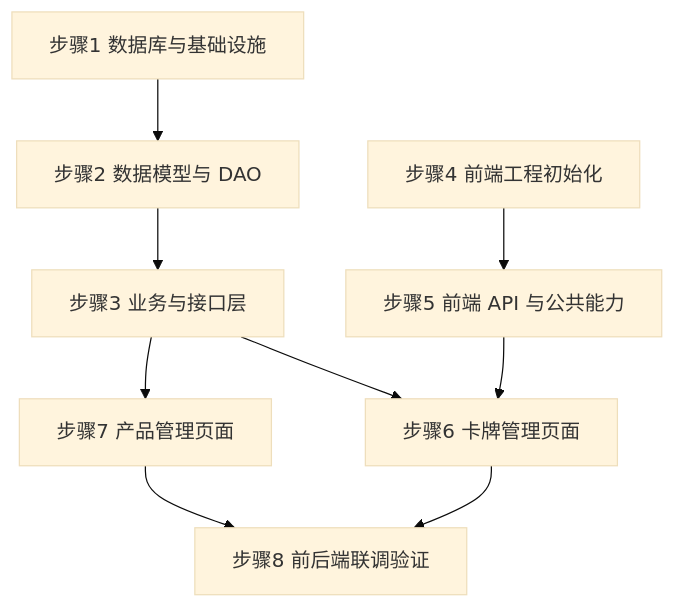
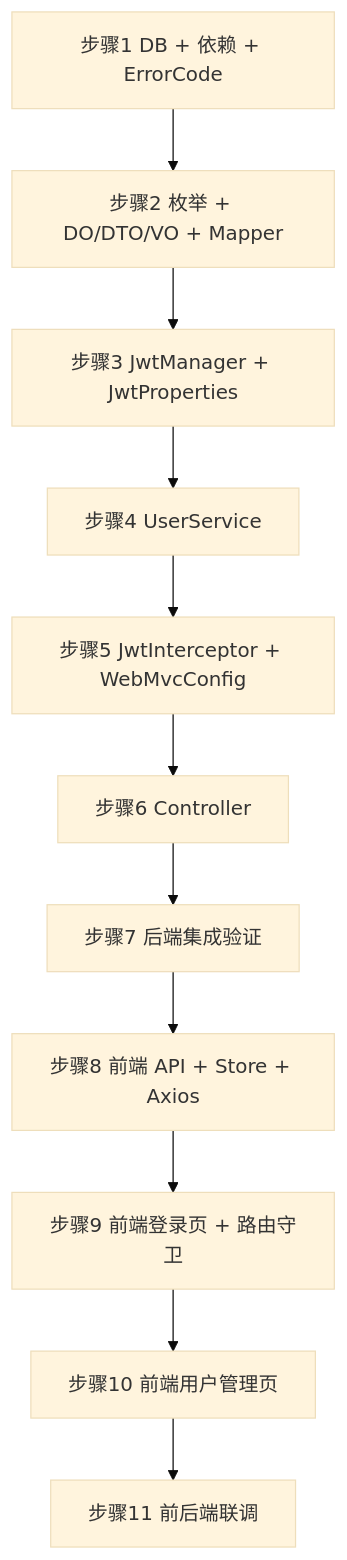
Before and after one commit to yuJunOk/mtcg: the diagram in docs/设计文档/13-实现步骤-迭代一-卡牌数据落地.md, drawn with Mermaid (base theme). The commit also changed other lines of this file and 15 other files, not shown here.

````diff
--- a/docs/设计文档/13-实现步骤-迭代一-卡牌数据落地.md
+++ b/docs/设计文档/13-实现步骤-迭代一-卡牌数据落地.md
@@ -830,19 +470,17 @@
 ```mermaid
 graph TD
-    S1[步骤1 数据库与基础设施]
-    S2[步骤2 数据模型与 DAO]
-    S3[步骤3 业务与接口层]
-    S4[步骤4 前端工程初始化]
-    S5[步骤5 前端 API 与公共能力]
-    S6[步骤6 卡牌管理页面]
-    S7[步骤7 产品管理页面]
-    S8[步骤8 前后端联调验证]
+    S1[步骤1 DB + 依赖 + ErrorCode]
+    S2[步骤2 枚举 + DO/DTO/VO + Mapper]
+    S3[步骤3 JwtManager + JwtProperties]
+    S4[步骤4 UserService]
+    S5[步骤5 JwtInterceptor + WebMvcConfig]
+    S6[步骤6 Controller]
+    S7[步骤7 后端集成验证]
+    S8[步骤8 前端 API + Store + Axios]
+    S9[步骤9 前端登录页 + 路由守卫]
+    S10[步骤10 前端用户管理页]
+    S11[步骤11 前后端联调]
 
-    S1 --> S2 --> S3
-    S4 --> S5
-    S3 --> S6
-    S5 --> S6
-    S3 --> S7
-    S6 --> S8
-    S7 --> S8
+    S1 --> S2 --> S3 --> S4 --> S5 --> S6 --> S7
+    S7 --> S8 --> S9 --> S10 --> S11
 ```
````
